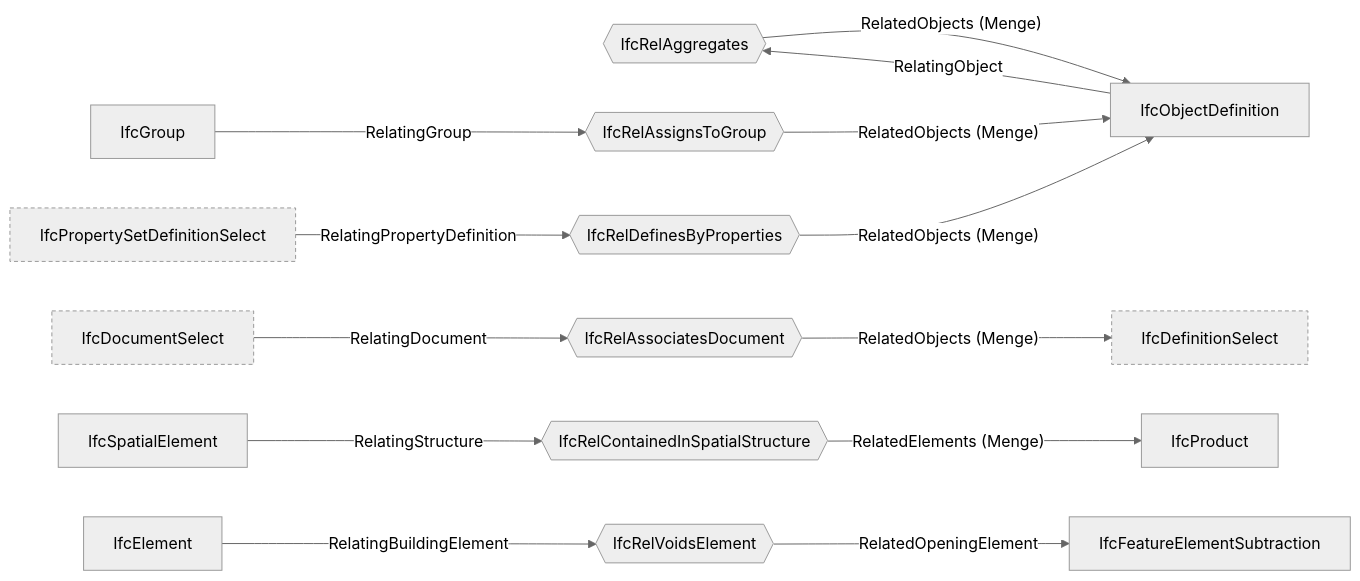
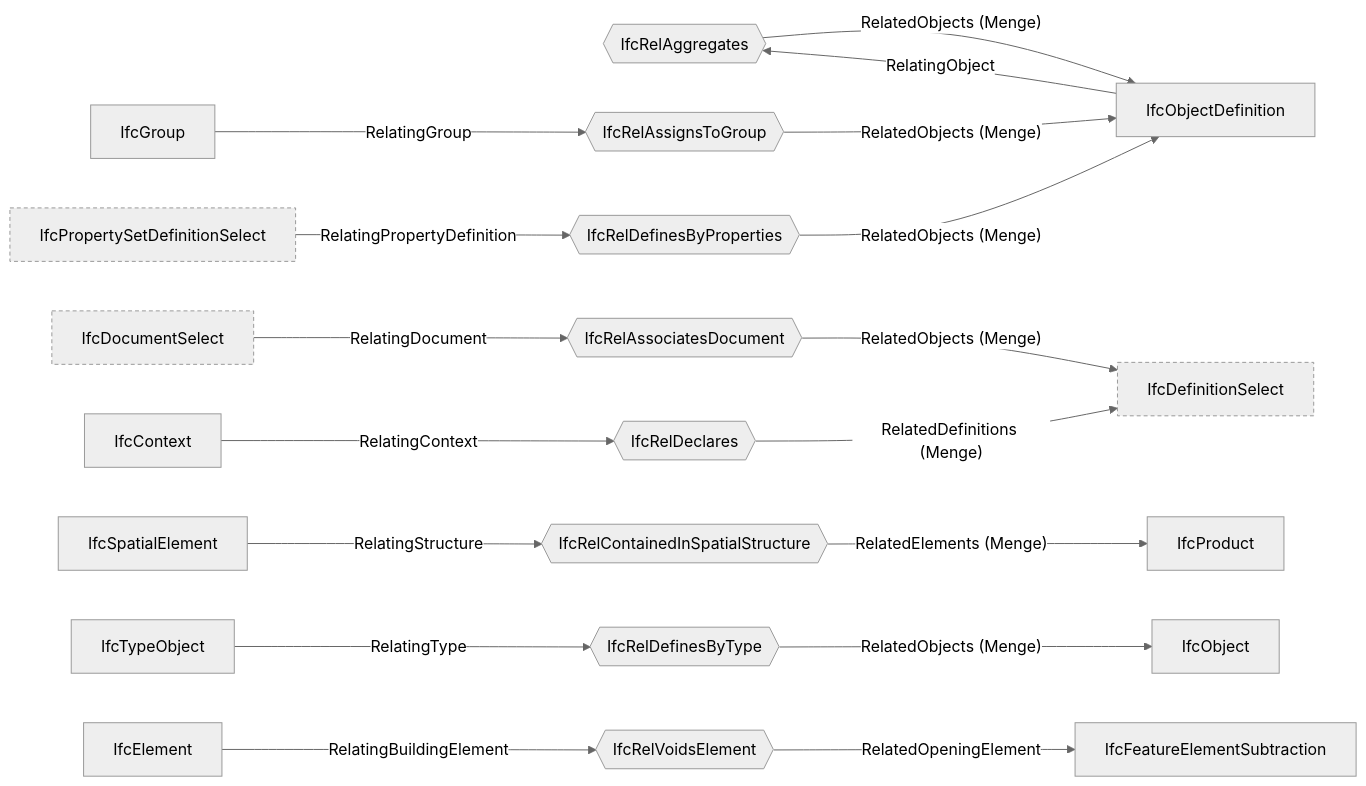
One commit to fabiologe/quagg_page_public changed the diagram in docs/ifc/beziehungen.md. Above: the diagram before and after it, drawn with Mermaid (neutral theme). The commit also changed 10 other files, not shown here.

````diff
--- a/docs/ifc/beziehungen.md
+++ b/docs/ifc/beziehungen.md
@@ -7,24 +7,30 @@
 ```mermaid
 flowchart LR
   IfcRelAggregates{{IfcRelAggregates}}
   IfcObjectDefinition -->|"RelatingObject"| IfcRelAggregates
   IfcRelAggregates -->|"RelatedObjects (Menge)"| IfcObjectDefinition
   IfcRelAssignsToGroup{{IfcRelAssignsToGroup}}
   IfcRelAssignsToGroup -->|"RelatedObjects (Menge)"| IfcObjectDefinition
   IfcGroup -->|"RelatingGroup"| IfcRelAssignsToGroup
   IfcRelAssociatesDocument{{IfcRelAssociatesDocument}}
   IfcRelAssociatesDocument -->|"RelatedObjects (Menge)"| IfcDefinitionSelect
   IfcDocumentSelect -->|"RelatingDocument"| IfcRelAssociatesDocument
   IfcRelContainedInSpatialStructure{{IfcRelContainedInSpatialStructure}}
   IfcRelContainedInSpatialStructure -->|"RelatedElements (Menge)"| IfcProduct
   IfcSpatialElement -->|"RelatingStructure"| IfcRelContainedInSpatialStructure
+  IfcRelDeclares{{IfcRelDeclares}}
+  IfcContext -->|"RelatingContext"| IfcRelDeclares
+  IfcRelDeclares -->|"RelatedDefinitions (Menge)"| IfcDefinitionSelect
   IfcRelDefinesByProperties{{IfcRelDefinesByProperties}}
   IfcRelDefinesByProperties -->|"RelatedObjects (Menge)"| IfcObjectDefinition
   IfcPropertySetDefinitionSelect -->|"RelatingPropertyDefinition"| IfcRelDefinesByProperties
+  IfcRelDefinesByType{{IfcRelDefinesByType}}
+  IfcRelDefinesByType -->|"RelatedObjects (Menge)"| IfcObject
+  IfcTypeObject -->|"RelatingType"| IfcRelDefinesByType
   IfcRelVoidsElement{{IfcRelVoidsElement}}
   IfcElement -->|"RelatingBuildingElement"| IfcRelVoidsElement
   IfcRelVoidsElement -->|"RelatedOpeningElement"| IfcFeatureElementSubtraction
   style IfcDefinitionSelect stroke-dasharray: 4 3
   style IfcDocumentSelect stroke-dasharray: 4 3
   style IfcPropertySetDefinitionSelect stroke-dasharray: 4 3
 ```
````
